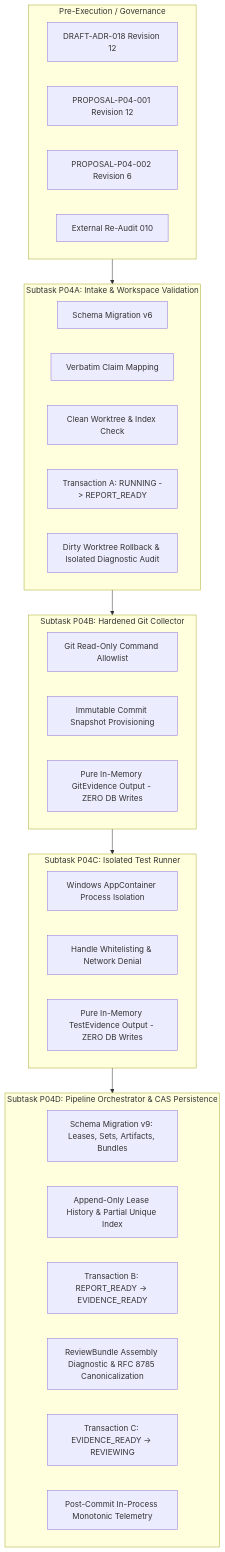
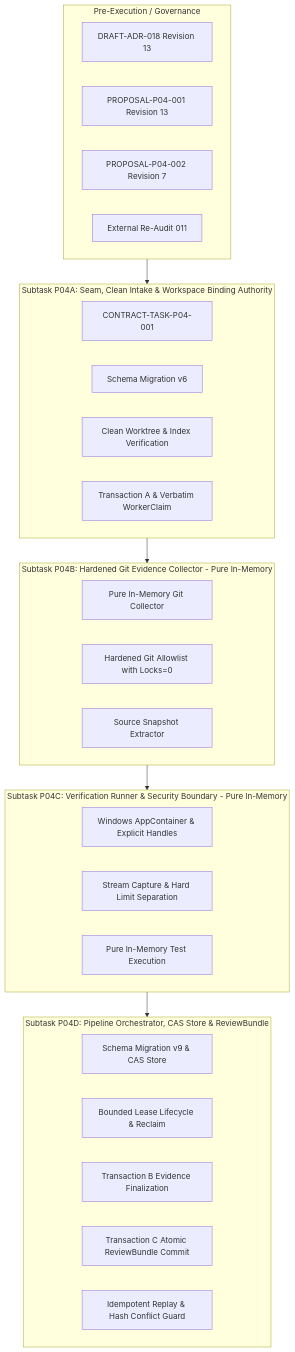
The diagram in docs/plans/PLAN-P04-EVIDENCE-REVIEW.md (trungqwe/ai-supervisor), drawn with Mermaid before and after one commit. The commit also changed other lines of this file and 6 other files, not shown here.

Commit message:
docs(p04): remediate architecture findings R12-001..004 (Revision 13)

````diff
--- a/docs/plans/PLAN-P04-EVIDENCE-REVIEW.md
+++ b/docs/plans/PLAN-P04-EVIDENCE-REVIEW.md
@@ -22,43 +23,41 @@
 ```mermaid
 flowchart TD
     subgraph PreExecution [Pre-Execution / Governance]
-        ADR18[DRAFT-ADR-018 Revision 12]
-        PROP1[PROPOSAL-P04-001 Revision 12]
-        PROP2[PROPOSAL-P04-002 Revision 6]
-        Audit010[External Re-Audit 010]
+        ADR18[DRAFT-ADR-018 Revision 13]
+        PROP1[PROPOSAL-P04-001 Revision 13]
+        PROP2[PROPOSAL-P04-002 Revision 7]
+        Audit011[External Re-Audit 011]
     end
 
-    subgraph P04A [Subtask P04A: Intake & Workspace Validation]
-        T1[Schema Migration v6]
-        T2[Verbatim Claim Mapping]
-        T3[Clean Worktree & Index Check]
-        T4[Transaction A: RUNNING -> REPORT_READY]
-        T5[Dirty Worktree Rollback & Isolated Diagnostic Audit]
+    subgraph P04A [Subtask P04A: Seam, Clean Intake & Workspace Binding Authority]
+        P04A_Contract[CONTRACT-TASK-P04-001]
+        P04A_Mig[Schema Migration v6]
+        P04A_Clean[Clean Worktree & Index Verification]
+        P04A_Intake[Transaction A & Verbatim WorkerClaim]
     end
 
-    subgraph P04B [Subtask P04B: Hardened Git Collector]
-        T6[Git Read-Only Command Allowlist]
-        T7[Immutable Commit Snapshot Provisioning]
-        T8[Pure In-Memory GitEvidence Output - ZERO DB Writes]
+    subgraph P04B [Subtask P04B: Hardened Git Evidence Collector - Pure In-Memory]
+        P04B_Collector[Pure In-Memory Git Collector]
+        P04B_Allowlist[Hardened Git Allowlist with Locks=0]
+        P04B_Snapshot[Source Snapshot Extractor]
     end
 
-    subgraph P04C [Subtask P04C: Isolated Test Runner]
-        T9[Windows AppContainer Process Isolation]
-        T10[Handle Whitelisting & Network Denial]
-        T11[Pure In-Memory TestEvidence Output - ZERO DB Writes]
+    subgraph P04C [Subtask P04C: Verification Runner & Security Boundary - Pure In-Memory]
+        P04C_Sandbox[Windows AppContainer & Explicit Handles]
+        P04C_Stream[Stream Capture & Hard Limit Separation]
+        P04C_Execution[Pure In-Memory Test Execution]
     end
 
-    subgraph P04D [Subtask P04D: Pipeline Orchestrator & CAS Persistence]
-        T12[Schema Migration v9: Leases, Sets, Artifacts, Bundles]
-        T13[Append-Only Lease History & Partial Unique Index]
-        T14[Transaction B: REPORT_READY -> EVIDENCE_READY]
-        T15[ReviewBundle Assembly Diagnostic & RFC 8785 Canonicalization]
-        T16[Transaction C: EVIDENCE_READY -> REVIEWING]
-        T17[Post-Commit In-Process Monotonic Telemetry]
+    subgraph P04D [Subtask P04D: Pipeline Orchestrator, CAS Store & ReviewBundle]
+        P04D_Mig[Schema Migration v9 & CAS Store]
+        P04D_Lease[Bounded Lease Lifecycle & Reclaim]
+        P04D_TxB[Transaction B Evidence Finalization]
+        P04D_TxC[Transaction C Atomic ReviewBundle Commit]
+        P04D_Replay[Idempotent Replay & Hash Conflict Guard]
     end
 
     PreExecution --> P04A
     P04A --> P04B
     P04B --> P04C
     P04C --> P04D
 ```
````
